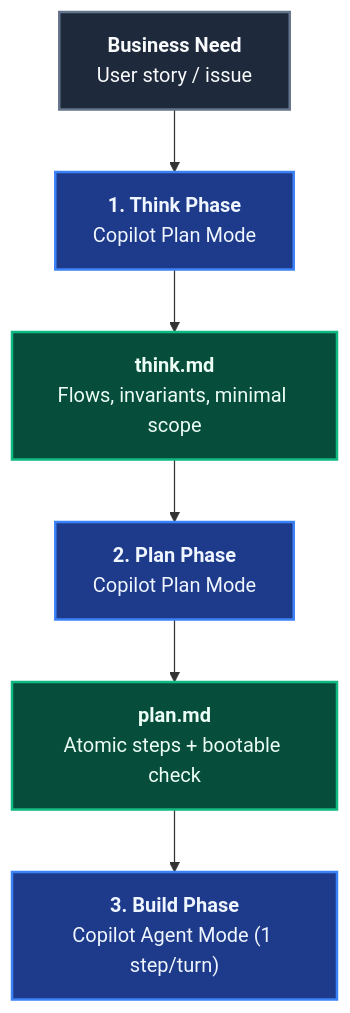
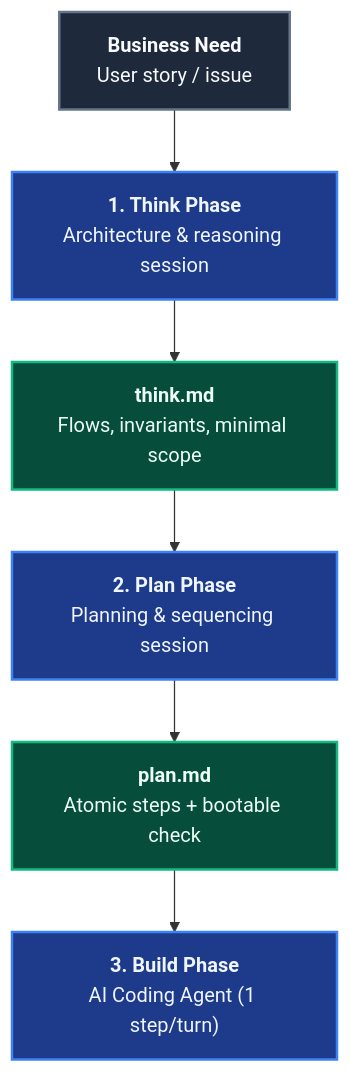
Before and after one commit to ALTEN-group/coding-pal: the fifth of 5 diagrams in website/docs/guide/persistent-context.md, drawn with Mermaid. The commit also changed other lines of this file and 7 other files, not shown here.

Commit message:
refactor: enhance think-plan documentation and validation processes

````diff
--- a/website/docs/guide/persistent-context.md
+++ b/website/docs/guide/persistent-context.md
@@ -233,19 +233,19 @@
 ```mermaid
 ---
 caption: Phased Specification Architecture (Think -> Plan -> Build)
 ---
 flowchart TD
-    BN["<b>Business Need</b><br/>User story / issue"] --> T["<b>1. Think Phase</b><br/>Copilot Plan Mode"]
+    BN["<b>Business Need</b><br/>User story / issue"] --> T["<b>1. Think Phase</b><br/>Architecture & reasoning session"]
     T --> TM["<b>think.md</b><br/>Flows, invariants, minimal scope"]
-    TM --> P["<b>2. Plan Phase</b><br/>Copilot Plan Mode"]
+    TM --> P["<b>2. Plan Phase</b><br/>Planning & sequencing session"]
     P --> PM["<b>plan.md</b><br/>Atomic steps + bootable check"]
-    PM --> B["<b>3. Build Phase</b><br/>Copilot Agent Mode (1 step/turn)"]
+    PM --> B["<b>3. Build Phase</b><br/>AI Coding Agent (1 step/turn)"]
 
     classDef stage fill:#1e3a8a,stroke:#3b82f6,stroke-width:2px,color:#eff6ff;
     classDef artifact fill:#064e3b,stroke:#10b981,stroke-width:2px,color:#ecfdf5;
     classDef input fill:#1e293b,stroke:#64748b,stroke-width:2px,color:#f8fafc;
 
     class BN input;
     class T,P,B stage;
     class TM,PM artifact;
 ```
````
